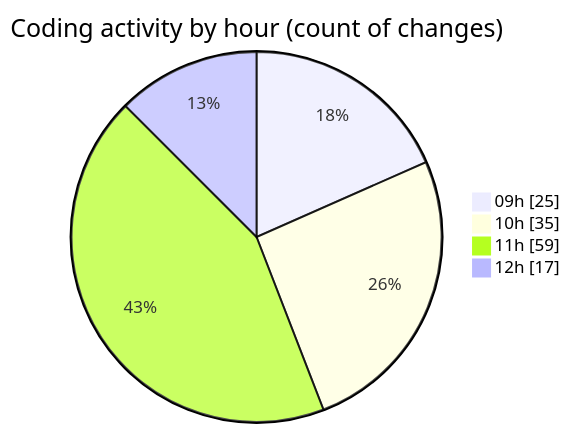
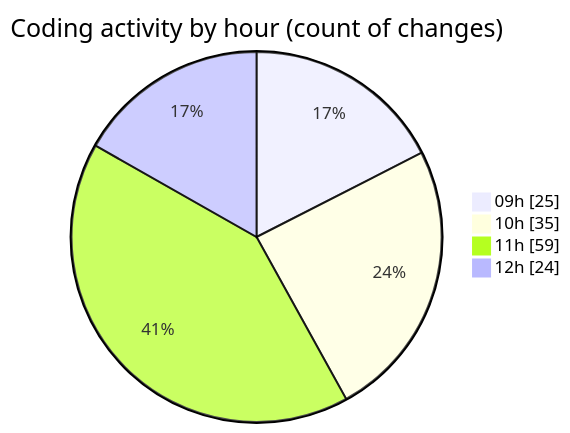
Before and after one commit to momahboobian/code-tracking: the second of 2 diagrams in 2025-08-22/cda/README.md, drawn with Mermaid. The commit also changed other lines of this file and 1 other file, not shown here.

````diff
--- a/2025-08-22/cda/README.md
+++ b/2025-08-22/cda/README.md
@@ -49,8 +49,8 @@
 ```mermaid
 pie showData
 title Coding activity by hour (count of changes)
 "09h" : 25
 "10h" : 35
 "11h" : 59
-"12h" : 17
+"12h" : 24
 ```
````
